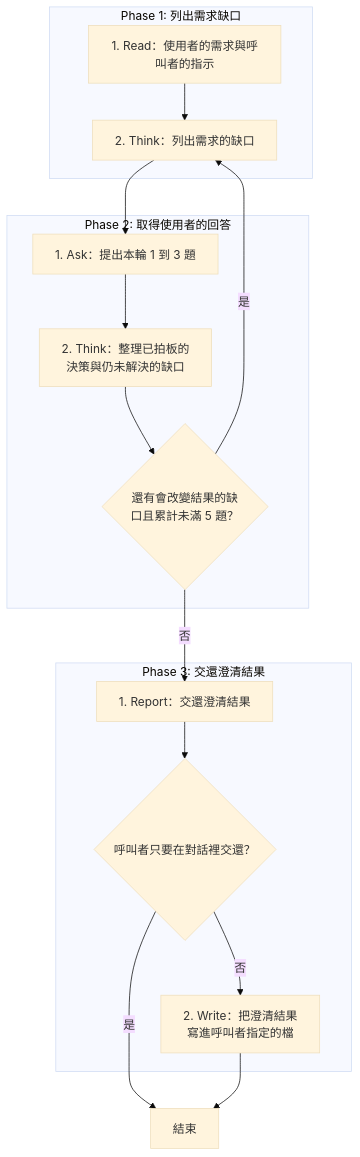
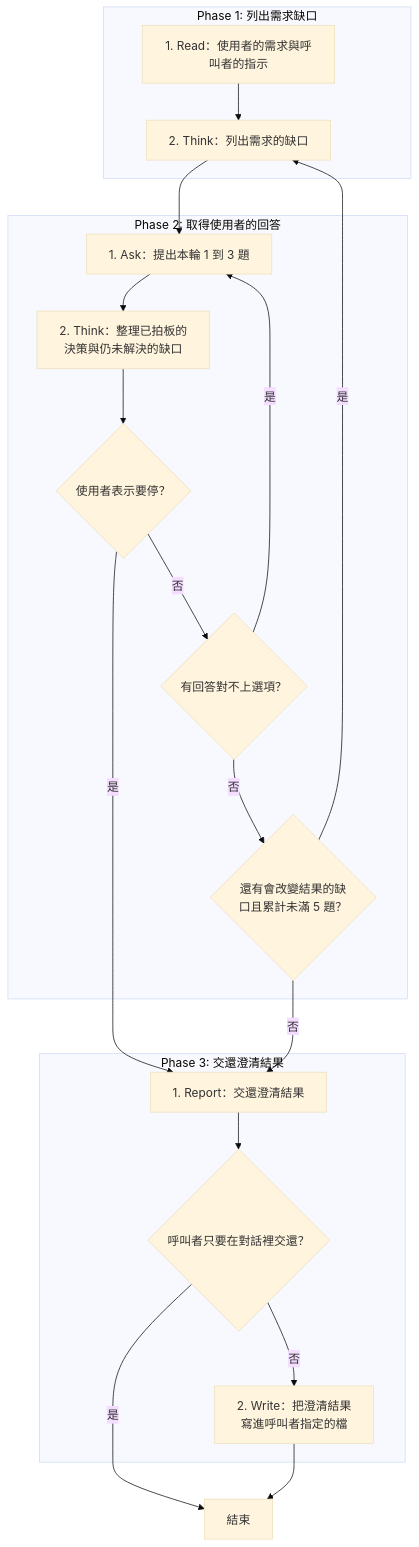
One commit to AI-x-BDD/BDGG-Dev-Skills changed the diagram in .agents/skills/clarify/SKILL.md. Above: the diagram before and after it, drawn with Mermaid (base theme). The commit also changed other lines of this file and 16 other files, not shown here.

````diff
--- a/.agents/skills/clarify/SKILL.md
+++ b/.agents/skills/clarify/SKILL.md
@@ -23,28 +23,34 @@
 ```mermaid
 flowchart TD
     subgraph P1["Phase 1: 列出需求缺口"]
         P1S1["1. Read：使用者的需求與呼叫者的指示"]
         P1S2["2. Think：列出需求的缺口"]
     end
     subgraph P2["Phase 2: 取得使用者的回答"]
         P2S1["1. Ask：提出本輪 1 到 3 題"]
         P2S2["2. Think：整理已拍板的<br/>決策與仍未解決的缺口"]
-        G_P2S2_1{"還有會改變結果的缺<br/>口且累計未滿 5 題？"}
+        G_P2S2_1{"使用者表示要停？"}
+        G_P2S2_2{"有回答對不上選項？"}
+        G_P2S2_3{"還有會改變結果的缺<br/>口且累計未滿 5 題？"}
     end
     subgraph P3["Phase 3: 交還澄清結果"]
         P3S1["1. Report：交還澄清結果"]
         G_P3S1_1{"呼叫者只要在對話裡交還？"}
         P3S2["2. Write：把澄清結果<br/>寫進呼叫者指定的檔"]
     end
     End["結束"]
     P1S1 --> P1S2
     P1S2 --> P2S1
     P2S1 --> P2S2
     P2S2 --> G_P2S2_1
-    G_P2S2_1 -->|是| P1S2
-    G_P2S2_1 -->|否| P3S1
+    G_P2S2_1 -->|是| P3S1
+    G_P2S2_1 -->|否| G_P2S2_2
+    G_P2S2_2 -->|是| P2S1
+    G_P2S2_2 -->|否| G_P2S2_3
+    G_P2S2_3 -->|是| P1S2
+    G_P2S2_3 -->|否| P3S1
     P3S1 --> G_P3S1_1
     G_P3S1_1 -->|是| End
     G_P3S1_1 -->|否| P3S2
     P3S2 --> End
 ```
````
